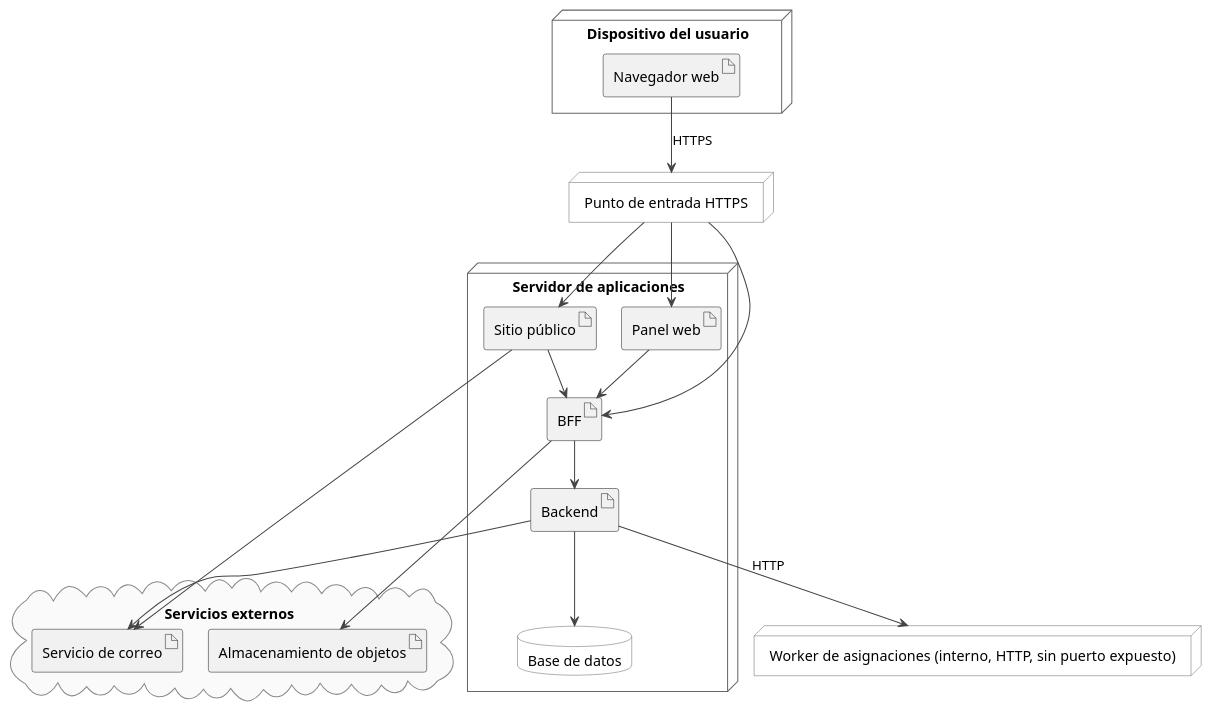
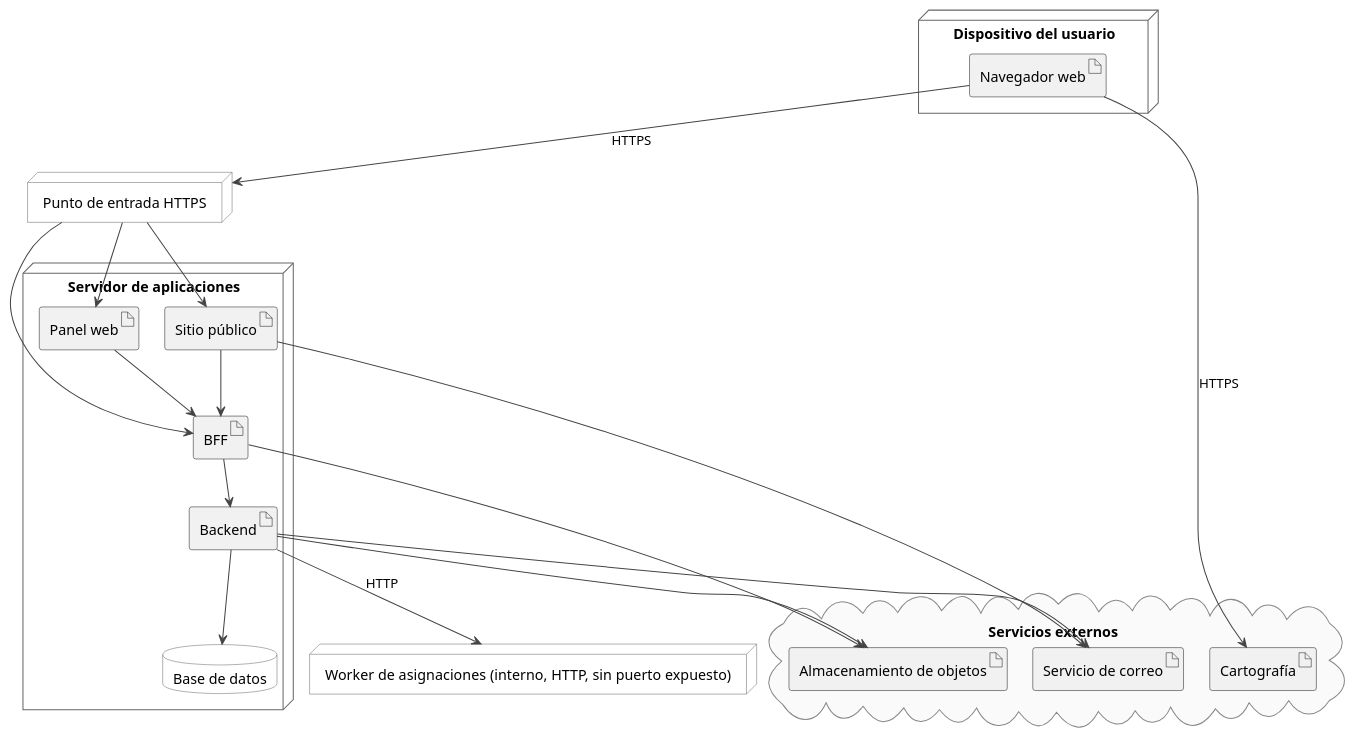
The diagram in docs/tesis/diagramas/arquitectura/mvp.puml (S21-Projects/hornero_monorepo), drawn with PlantUML before and after one commit. The commit also changed 7 other files, not shown here.

Commit message:
docs(tfg): add map tiles and evidence deletion to architecture diagrams

```diff
--- a/docs/tesis/diagramas/arquitectura/mvp.puml
+++ b/docs/tesis/diagramas/arquitectura/mvp.puml
@@ -1,56 +1,59 @@
 @startuml
 skinparam shadowing false
 skinparam defaultFontName Helvetica
 skinparam nodesep 25
 skinparam ranksep 45
 skinparam ArrowColor #444444
 skinparam node {
   BackgroundColor #FFFFFF
   BorderColor #666666
 }
 skinparam database {
   BackgroundColor #FFFFFF
   BorderColor #666666
 }
 skinparam cloud {
   BackgroundColor #FAFAFA
   BorderColor #888888
 }
 
 node "Dispositivo del usuario" as cliente {
   artifact "Navegador web" as navegador
 }
 
 node "Punto de entrada HTTPS" as proxy
 
 node "Servidor de aplicaciones" as servidor {
   artifact "Sitio público" as sitio
   artifact "Panel web" as panel
   artifact "BFF" as bff
   artifact "Backend" as backend
   database "Base de datos" as db
 }
 
 node "Worker de asignaciones (interno, HTTP, sin puerto expuesto)" as asignaciones
 
 cloud "Servicios externos" as externos {
   artifact "Almacenamiento de objetos" as bucket
   artifact "Servicio de correo" as correo
+  artifact "Cartografía" as cartografia
 }
 
 navegador --> proxy : HTTPS
+navegador --> cartografia : HTTPS
 proxy --> sitio
 proxy --> panel
 proxy --> bff
 
 sitio --> bff
 panel --> bff
 bff --> backend
 backend --> db
 bff --> bucket
+backend --> bucket
 backend --> correo
 sitio --> correo
 
 backend --> asignaciones : HTTP
 
 @enduml
```
